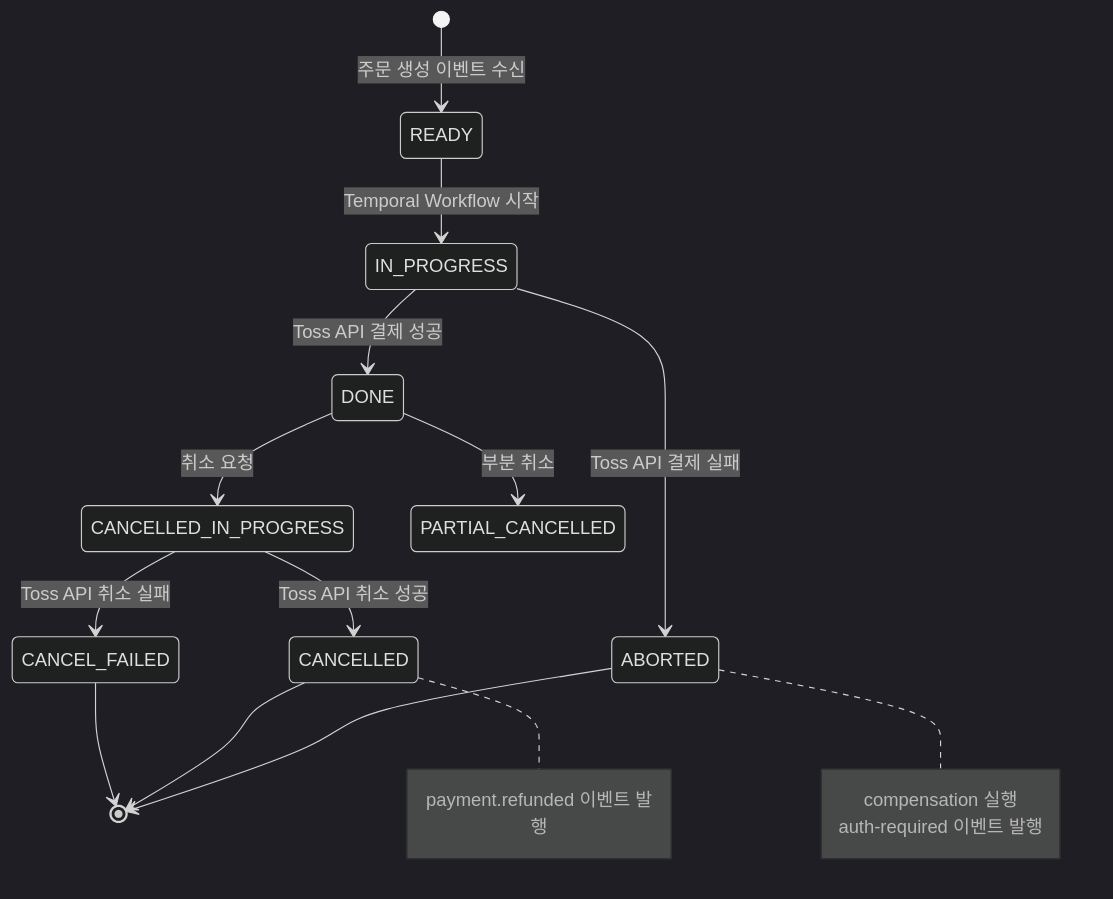
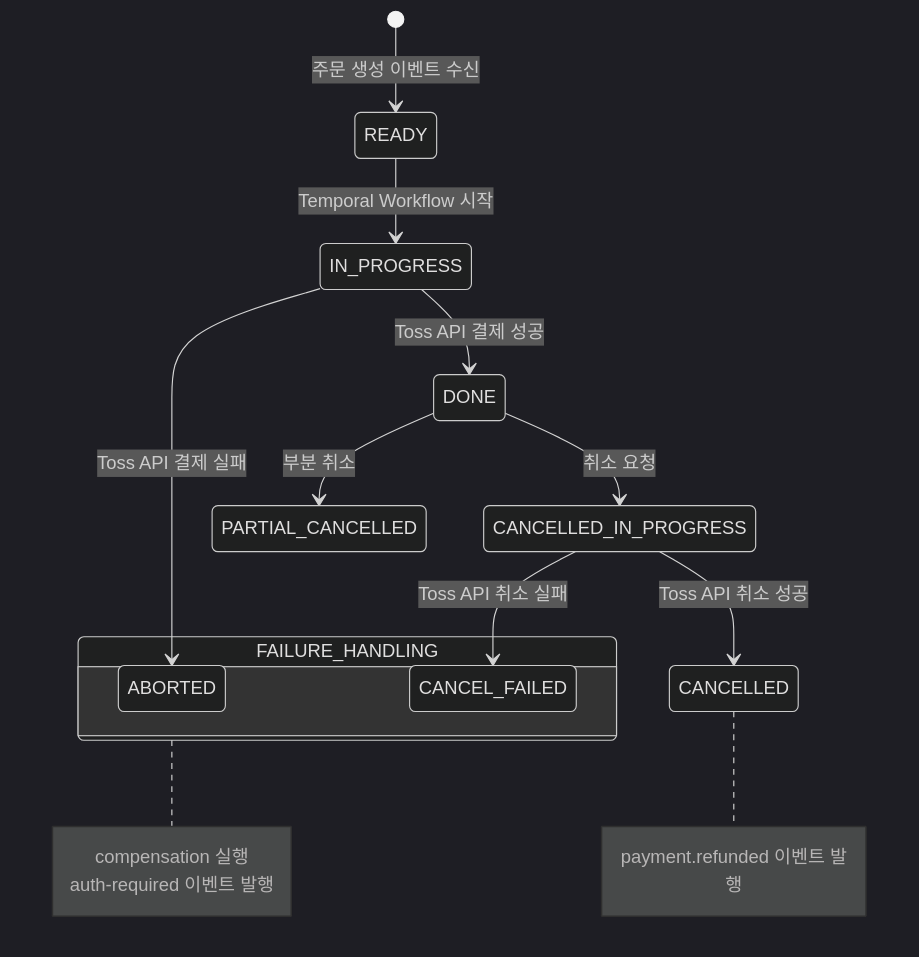
One commit to spot-ticket/Spot changed the third of 11 diagrams in spot-payment/README.md. Above: the diagram before and after it, drawn with Mermaid (dark theme). The commit also changed other lines of this file, not shown here.

````diff
--- a/spot-payment/README.md
+++ b/spot-payment/README.md
@@ -116,27 +156,28 @@
 ```mermaid
 stateDiagram-v2
     [*] --> READY : 주문 생성 이벤트 수신
+
+    state FAILURE_HANDLING {
+        ABORTED
+        CANCEL_FAILED
+    }
 
     READY --> IN_PROGRESS : Temporal Workflow 시작
     IN_PROGRESS --> DONE : Toss API 결제 성공
     IN_PROGRESS --> ABORTED : Toss API 결제 실패
 
     DONE --> CANCELLED_IN_PROGRESS : 취소 요청
     CANCELLED_IN_PROGRESS --> CANCELLED : Toss API 취소 성공
     CANCELLED_IN_PROGRESS --> CANCEL_FAILED : Toss API 취소 실패
 
     DONE --> PARTIAL_CANCELLED : 부분 취소
 
-    ABORTED --> [*]
-    CANCELLED --> [*]
-    CANCEL_FAILED --> [*]
-
-    note right of ABORTED
+    note right of FAILURE_HANDLING
         compensation 실행
         auth-required 이벤트 발행
     end note
 
     note right of CANCELLED
         payment.refunded 이벤트 발행
     end note
 ```
````
